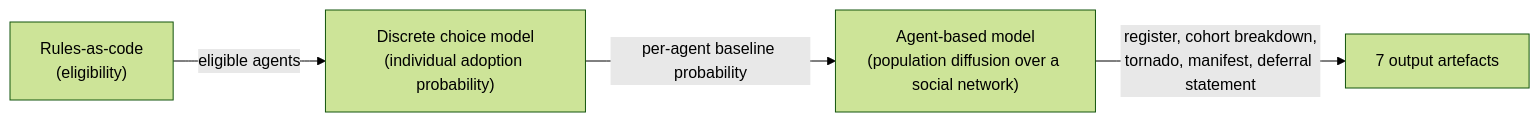
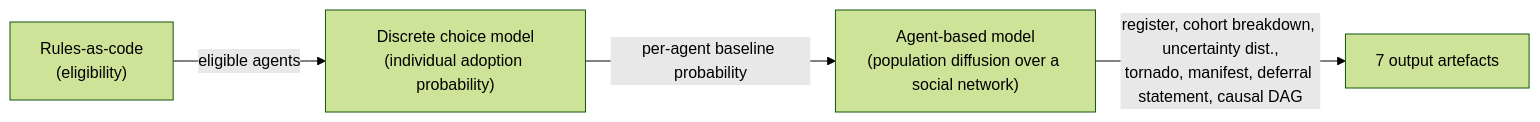
One commit to cchew/policy-scenario-workbench changed the diagram in presentation/diagrams/pipeline-flow.mmd. Above: the diagram before and after it, drawn with Mermaid (forest theme). The commit also changed 2 other files, not shown here.

Commit message:
fix: address code-review findings on blog presentation diagrams
causal-dag.mmd now notes it's derived from docs/causal-dag.md (the
canonical source) instead of silently duplicating it with no link.
pipeline-flow.mmd's output-artefact edge now names all 7 outputs
instead of 5, matching its own node's claimed count.

```diff
--- a/presentation/diagrams/pipeline-flow.mmd
+++ b/presentation/diagrams/pipeline-flow.mmd
@@ -1,4 +1,4 @@
 graph LR
     A["Rules-as-code<br/>(eligibility)"] -->|eligible agents| B["Discrete choice model<br/>(individual adoption probability)"]
     B -->|per-agent baseline probability| C["Agent-based model<br/>(population diffusion over a social network)"]
-    C -->|register, cohort breakdown,<br/>tornado, manifest, deferral statement| D["7 output artefacts"]
+    C -->|register, cohort breakdown, uncertainty dist.,<br/>tornado, manifest, deferral statement, causal DAG| D["7 output artefacts"]
```
